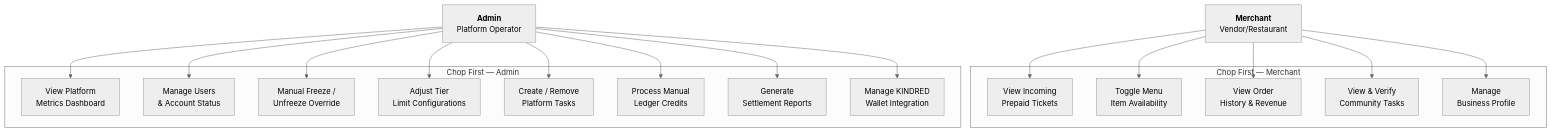
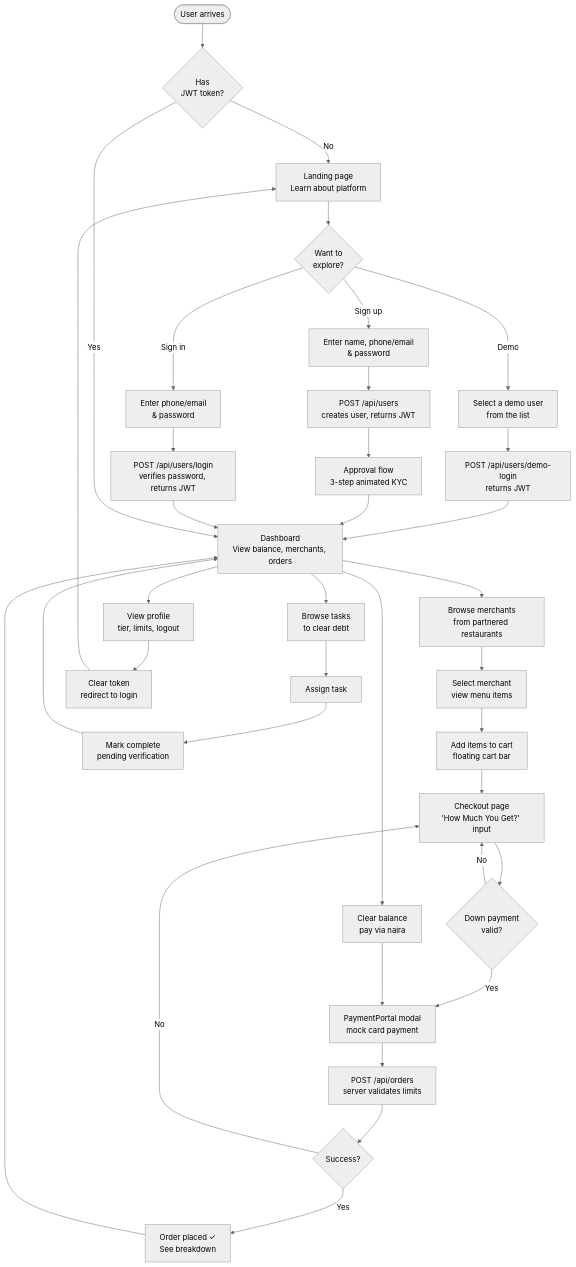
Diagram 12 of 12 in UML_Diagrams.md (hexadigitall/chopfirst), drawn with Mermaid (neutral theme) before and after one commit. The commit also changed other lines of this file and 25 other files, not shown here.

Commit message:
feat: align five-tier limits, dual ledger, and UI

````diff
--- a/UML_Diagrams.md
+++ b/UML_Diagrams.md
@@ -720,36 +678,46 @@
 ```mermaid
-graph TB
-    subgraph "Chop First — Merchant"
-        M_Incoming[View Incoming<br/>Prepaid Tickets]
-        M_Menu[Toggle Menu<br/>Item Availability]
-        M_History[View Order<br/>History & Revenue]
-        M_Tasks[View & Verify<br/>Community Tasks]
-        M_Profile[Manage<br/>Business Profile]
-    end
+flowchart TB
+    Start([User arrives]) --> Auth{Has<br/>JWT token?}
+    Auth -->|No| Landing[Landing page<br/>Learn about platform]
+    Landing --> Choose{Want to<br/>explore?}
+    Choose -->|Demo| DemoLogin[Select a demo user<br/>from the list]
+    Choose -->|Sign up| Signup[Enter name, phone/email<br/>& password]
+    Choose -->|Sign in| Login[Enter phone/email<br/>& password]
 
-    subgraph "Chop First — Admin"
-        A_Metrics[View Platform<br/>Metrics Dashboard]
-        A_Users[Manage Users<br/>& Account Status]
-        A_Freeze[Manual Freeze /<br/>Unfreeze Override]
-        A_Tiers[Adjust Tier<br/>Limit Configurations]
-        A_Tasks[Create / Remove<br/>Platform Tasks]
-        A_Credit[Process Manual<br/>Ledger Credits]
-        A_Reports[Generate<br/>Settlement Reports]
-        A_Integrate[Manage KINDRED<br/>Wallet Integration]
-    end
+    DemoLogin --> DemoLoginAPI[POST /api/users/demo-login<br/>returns JWT]
+    Signup --> SignupAPI[POST /api/users<br/>creates user, returns JWT]
+    Login --> LoginAPI[POST /api/users/login<br/>verifies password, returns JWT]
 
-    Merchant[<b>Merchant</b><br/>Vendor/Restaurant] --> M_Incoming
-    Merchant --> M_Menu
-    Merchant --> M_History
-    Merchant --> M_Tasks
-    Merchant --> M_Profile
+    DemoLoginAPI --> Dashboard[Dashboard<br/>View balance, merchants, orders]
+    SignupAPI --> Approval[Approval flow<br/>3-step animated KYC]
+    Approval --> Dashboard
 
-    Admin[<b>Admin</b><br/>Platform Operator] --> A_Metrics
-    Admin --> A_Users
-    Admin --> A_Freeze
-    Admin --> A_Tiers
-    Admin --> A_Tasks
-    Admin --> A_Credit
-    Admin --> A_Reports
-    Admin --> A_Integrate
+    LoginAPI --> Dashboard
+
+    Auth -->|Yes| Dashboard
+
+    Dashboard --> Browse[Browse merchants<br/>from partnered restaurants]
+    Browse --> Menu[Select merchant<br/>view menu items]
+    Menu --> Cart[Add items to cart<br/>floating cart bar]
+    Cart --> Checkout[Checkout page<br/>'How Much You Get?' input]
+    Checkout --> Validate{Down payment<br/>valid?}
+    Validate -->|No| Checkout
+    Validate -->|Yes| Portal[PaymentPortal modal<br/>mock card payment]
+    Portal --> PlaceOrder[POST /api/orders<br/>server validates limits]
+    PlaceOrder --> OrderResult{Success?}
+    OrderResult -->|No| Checkout
+    OrderResult -->|Yes| Success[Order placed ✓<br/>See breakdown]
+    Success --> Dashboard
+
+    Dashboard --> Tasks[Browse tasks<br/>to clear debt]
+    Tasks --> Assign[Assign task]
+    Assign --> Complete[Mark complete<br/>pending verification]
+    Complete --> Dashboard
+
+    Dashboard --> Profile[View profile<br/>tier, limits, logout]
+    Profile --> Logout[Clear token<br/>redirect to login]
+    Logout --> Landing
+
+    Dashboard --> Pay[Clear balance<br/>pay via naira]
+    Pay --> Portal
 ```
````
